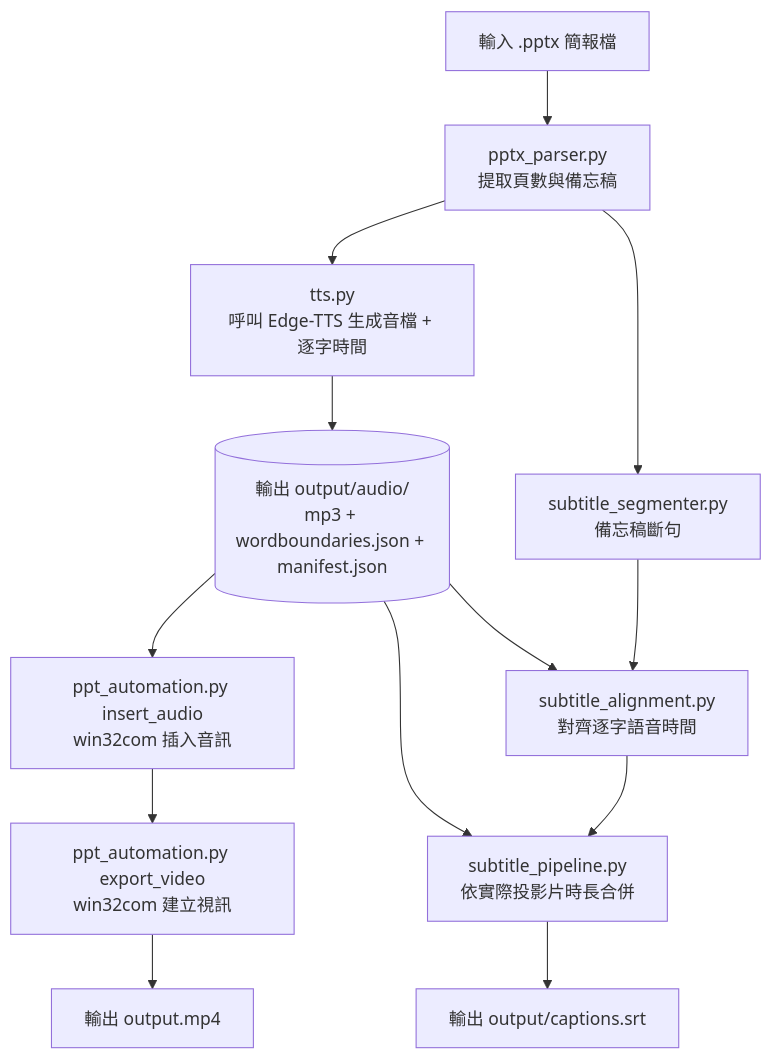
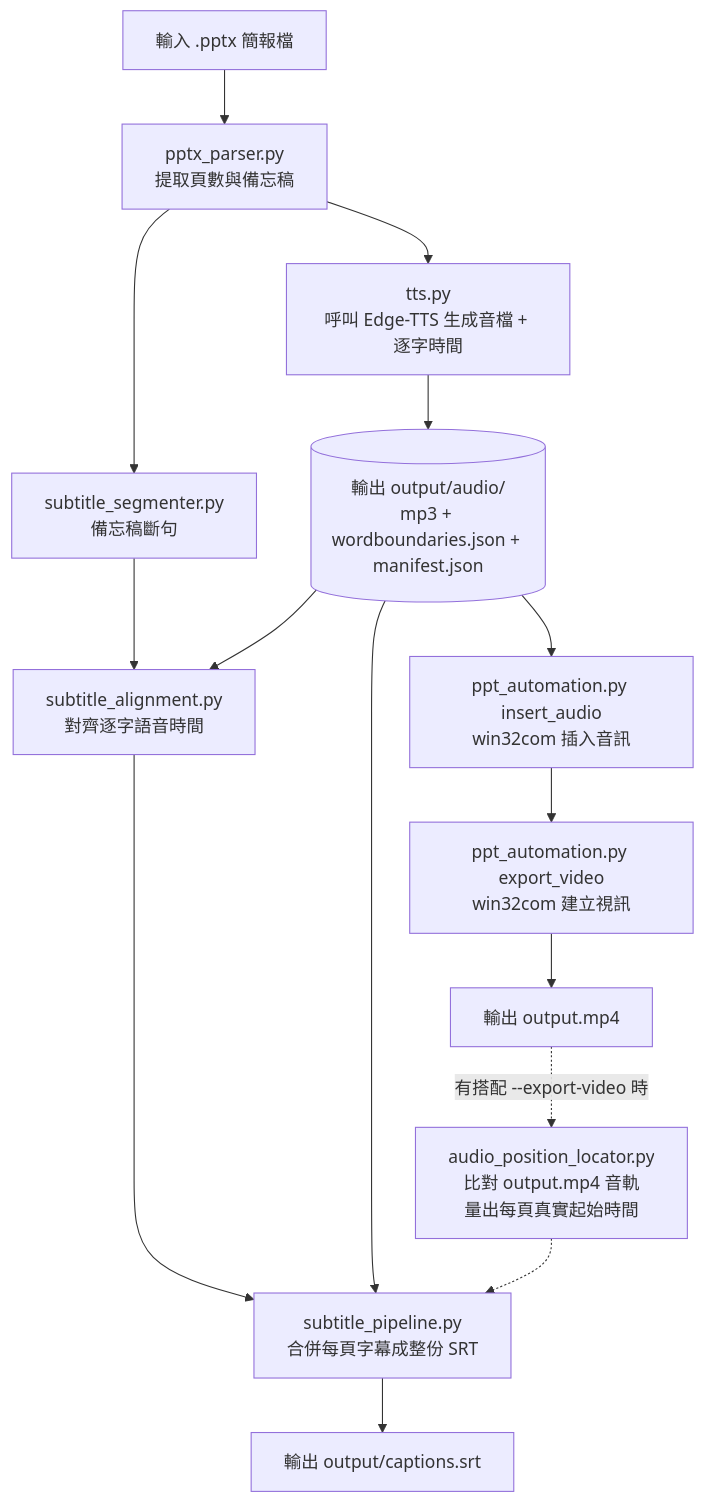
Before and after one commit to shuanhao/pptx2video: the diagram in README.md, drawn with Mermaid. The commit also changed other lines of this file and 16 other files, not shown here.

````diff
--- a/README.md
+++ b/README.md
@@ -449,17 +451,19 @@
 ```mermaid
 graph TD
     A[輸入 .pptx 簡報檔] --> B[pptx_parser.py<br>提取頁數與備忘稿]
     B --> C[tts.py<br>呼叫 Edge-TTS 生成音檔 + 逐字時間]
     C --> D[(輸出 output/audio/<br>mp3 + wordboundaries.json + manifest.json)]
 
     D --> E[ppt_automation.py insert_audio<br>win32com 插入音訊]
     B --> F1[subtitle_segmenter.py<br>備忘稿斷句]
     F1 --> F2[subtitle_alignment.py<br>對齊逐字語音時間]
     D --> F2
-    F2 --> F3[subtitle_pipeline.py<br>依實際投影片時長合併]
+    F2 --> F3[subtitle_pipeline.py<br>合併每頁字幕成整份 SRT]
     D --> F3
 
     E --> G[ppt_automation.py export_video<br>win32com 建立視訊]
     G --> I[輸出 output.mp4]
+    I -.有搭配 --export-video 時.-> L[audio_position_locator.py<br>比對 output.mp4 音軌<br>量出每頁真實起始時間]
+    L -.-> F3
     F3 --> H[輸出 output/captions.srt]
 ```
````
